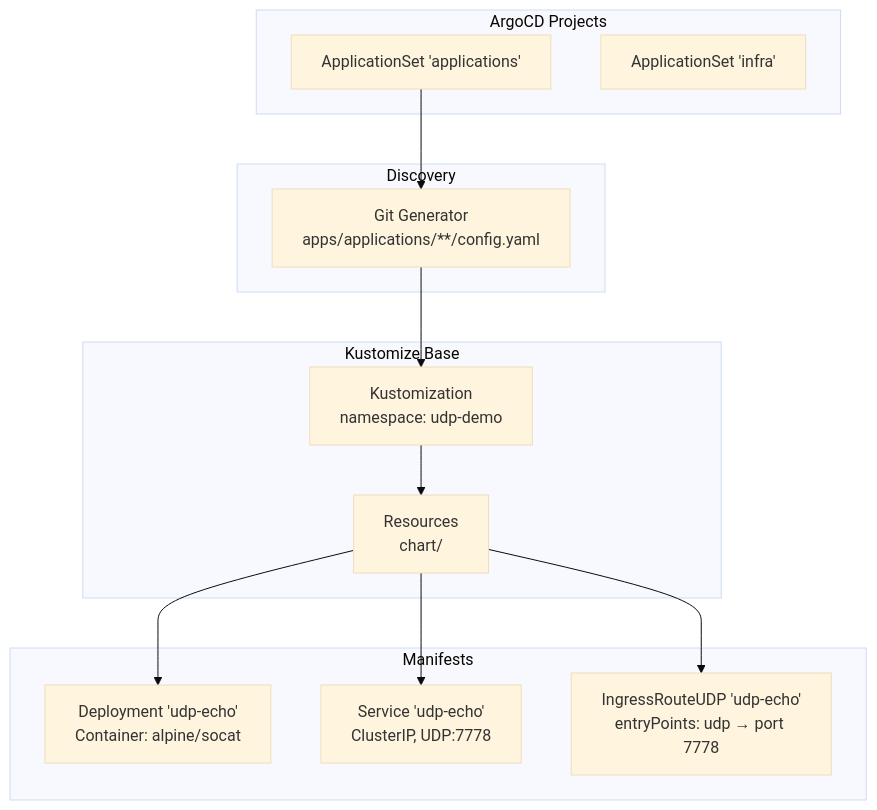
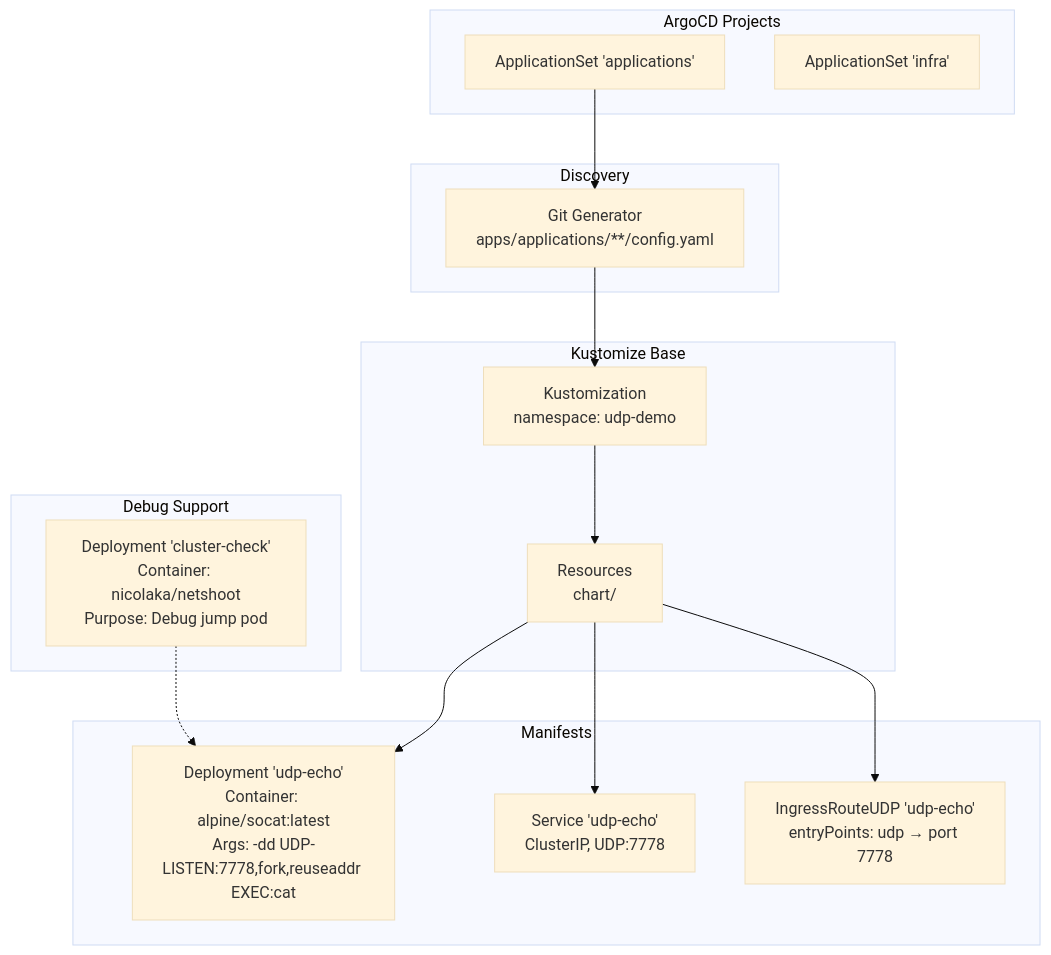
Before and after one commit to Hoangvu75/k8s_manifest: the first of 3 diagrams in .qoder/repowiki/en/content/Playground Applications/Demo Applications/UDP Echo Demo Application.md, drawn with Mermaid (base theme). The commit also changed other lines of this file and 5 other files, not shown here.

````diff
--- a/.qoder/repowiki/en/content/Playground Applications/Demo Applications/UDP Echo Demo Application.md
+++ b/.qoder/repowiki/en/content/Playground Applications/Demo Applications/UDP Echo Demo Application.md
@@ -48,25 +50,29 @@
 ```mermaid
 graph TB
 subgraph "ArgoCD Projects"
 APPSET["ApplicationSet 'applications'"]
 INFRA_APPSET["ApplicationSet 'infra'"]
 end
 subgraph "Discovery"
 GIT["Git Generator<br/>apps/applications/**/config.yaml"]
 end
 subgraph "Kustomize Base"
 KCONFIG["Kustomization<br/>namespace: udp-demo"]
 RESOURCES["Resources<br/>chart/"]
 end
 subgraph "Manifests"
-DEPLOYMENT["Deployment 'udp-echo'<br/>Container: alpine/socat"]
+DEPLOYMENT["Deployment 'udp-echo'<br/>Container: alpine/socat:latest<br/>Args: -dd UDP-LISTEN:7778,fork,reuseaddr EXEC:cat"]
 SERVICE["Service 'udp-echo'<br/>ClusterIP, UDP:7778"]
 INGRESS["IngressRouteUDP 'udp-echo'<br/>entryPoints: udp → port 7778"]
+end
+subgraph "Debug Support"
+CLUSTER_CHECK["Deployment 'cluster-check'<br/>Container: nicolaka/netshoot<br/>Purpose: Debug jump pod"]
 end
 APPSET --> GIT
 GIT --> KCONFIG
 KCONFIG --> RESOURCES
 RESOURCES --> DEPLOYMENT
 RESOURCES --> SERVICE
 RESOURCES --> INGRESS
+CLUSTER_CHECK -.-> DEPLOYMENT
 ```
````
